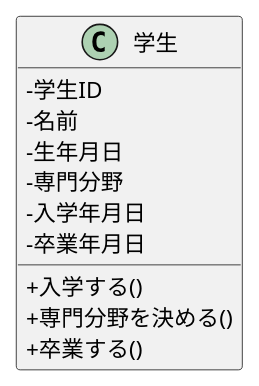
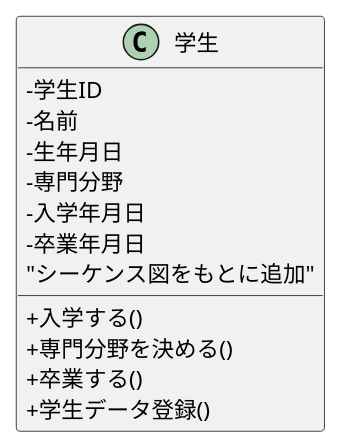
Before and after one commit to YoshinagaSho/ohara_uml: the diagram in 05_web_ronbun/class.pu, drawn with PlantUML.

```diff
--- a/05_web_ronbun/class.pu
+++ b/05_web_ronbun/class.pu
@@ -1,15 +1,17 @@
-@startuml
+@startuml 学生
 skinparam classAttributeIconSize 0
 class 学生 {
  -学生ID
  -名前
  -生年月日
  -専門分野
  -入学年月日
  -卒業年月日
  +入学する()
  +専門分野を決める()
  +卒業する()
+ "シーケンス図をもとに追加"
+ +学生データ登録()
 }
 
 @enduml
```
